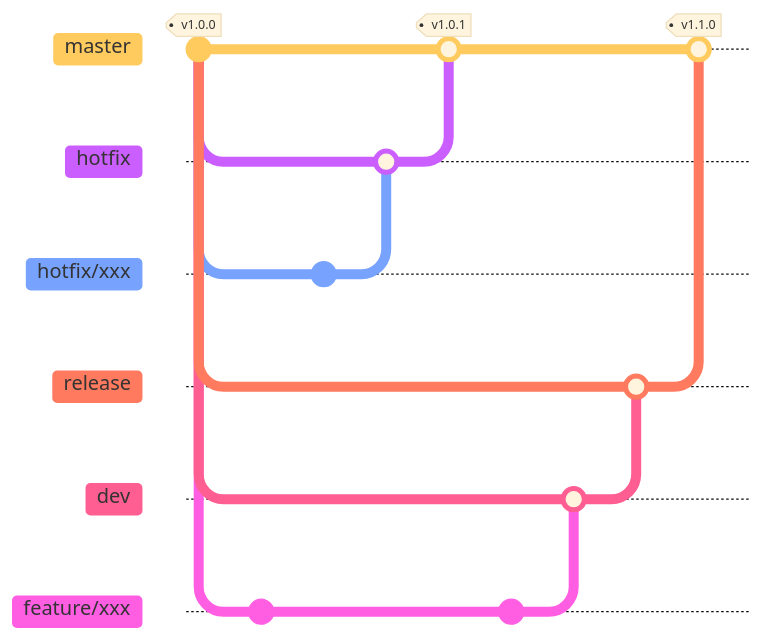
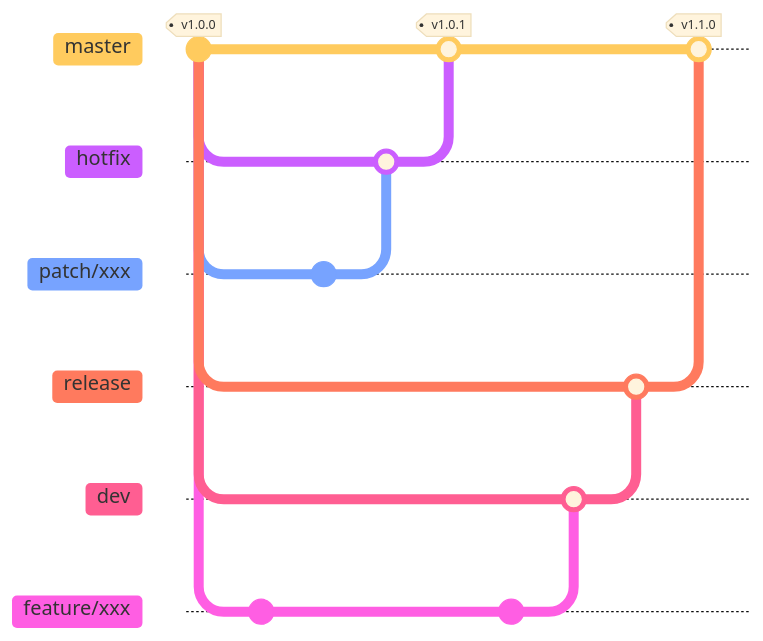
The first of 6 diagrams in README.md (emundus/tchooz), drawn with Mermaid before and after one commit. The commit also changed 2 other files, not shown here.

Commit message:
fix: Fix gitflow

````diff
--- a/README.md
+++ b/README.md
@@ -162,25 +162,25 @@
 ```mermaid
 %%{init: { 'logLevel': 'debug', 'theme': 'base', 'gitGraph': {'showBranches': true, 'showCommitLabel':false,'mainBranchName': 'master'}} }%%
 gitGraph
     commit id: "Initial commit" tag: "v1.0.0"
     branch hotfix order: 1
     branch release order: 3
     branch dev order: 4
     branch feature/xxx order: 5
     commit id: "Add workflow builder"
     checkout hotfix
-    branch hotfix/xxx order: 2
+    branch patch/xxx order: 2
     commit id: "Fix security issue"
     checkout hotfix
-    merge hotfix/xxx id: "Security patch"
+    merge patch/xxx id: "Security patch"
     checkout master
     merge hotfix id: "Release 1.0.1" tag: "v1.0.1"
     checkout feature/xxx
     commit id: "Add new feature"
     checkout dev
     merge feature/xxx
     checkout release
     merge dev
     checkout master
     merge release id: "Release 1.1.0" tag: "v1.1.0"
 ```    
````
